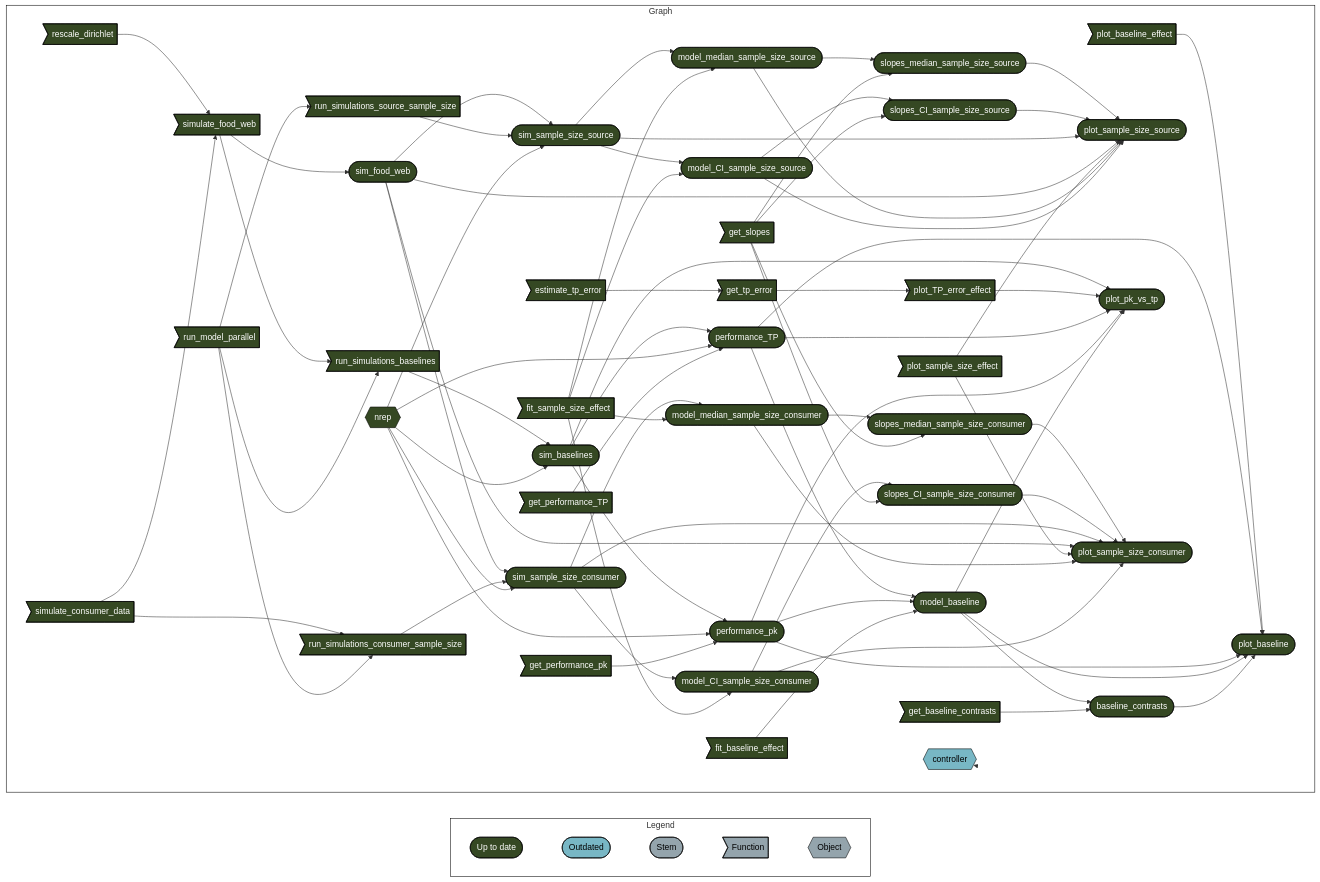
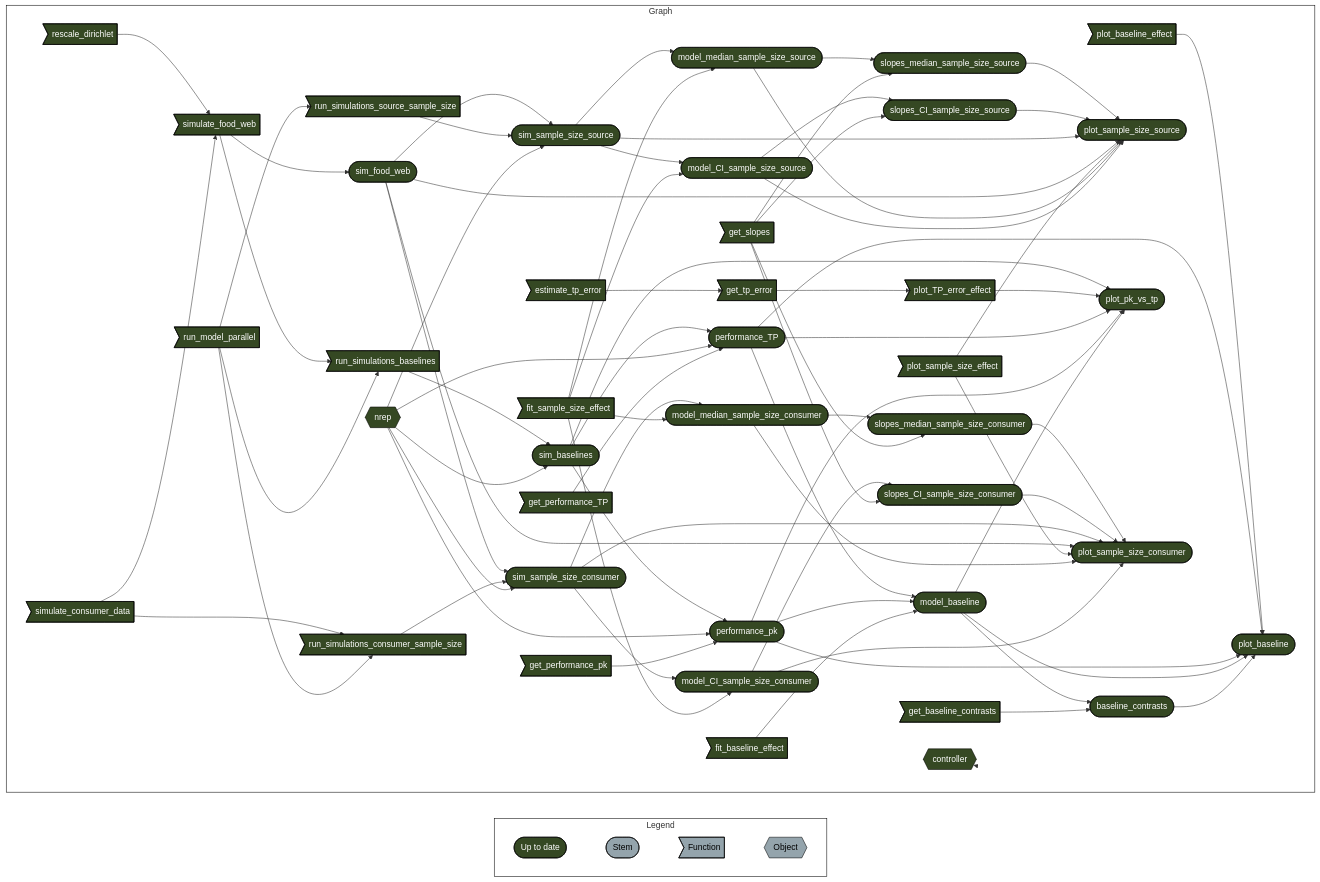
One commit to mattiaghilardi/SIMMmultitroph_simulations changed the diagram in README.md. Above: the diagram before and after it, drawn with Mermaid. The commit also changed 1 other file, not shown here.

Commit message:
Minor edit to documentation

````diff
--- a/README.md
+++ b/README.md
@@ -156,8 +156,7 @@
   style Graph fill:#FFFFFF00,stroke:#000000;
   subgraph Legend
     direction LR
-    x7420bd9270f8d27d([""Up to date""]):::uptodate --- x0a52b03877696646([""Outdated""]):::outdated
-    x0a52b03877696646([""Outdated""]):::outdated --- xbf4603d6c2c2ad6b([""Stem""]):::none
+    x7420bd9270f8d27d([""Up to date""]):::uptodate --- xbf4603d6c2c2ad6b([""Stem""]):::none
     xbf4603d6c2c2ad6b([""Stem""]):::none --- xf0bce276fe2b9d3e>""Function""]:::none
     xf0bce276fe2b9d3e>""Function""]:::none --- x5bffbffeae195fc9{{""Object""}}:::none
   end
@@ -232,14 +231,12 @@
     x407f420266f7cba3(["slopes_median_sample_size_consumer"]):::uptodate --> x1fc30f50d0051e95(["plot_sample_size_consumer"]):::uptodate
     xd40414fd87cf9ff3>"fit_sample_size_effect"]:::uptodate --> x43d5dd88718ec163(["model_median_sample_size_consumer"]):::uptodate
     x9ebeb9a32f4fbe45(["sim_sample_size_consumer"]):::uptodate --> x43d5dd88718ec163(["model_median_sample_size_consumer"]):::uptodate
-    xc89be4ed5763b132{{"controller"}}:::outdated --> xc89be4ed5763b132{{"controller"}}:::outdated
+    xc89be4ed5763b132{{"controller"}}:::uptodate --> xc89be4ed5763b132{{"controller"}}:::uptodate
   end
   classDef uptodate stroke:#000000,color:#ffffff,fill:#354823;
-  classDef outdated stroke:#000000,color:#000000,fill:#78B7C5;
   classDef none stroke:#000000,color:#000000,fill:#94a4ac;
   linkStyle 0 stroke-width:0px;
   linkStyle 1 stroke-width:0px;
   linkStyle 2 stroke-width:0px;
-  linkStyle 3 stroke-width:0px;
-  linkStyle 73 stroke-width:0px;
+  linkStyle 72 stroke-width:0px;
 ```
````
